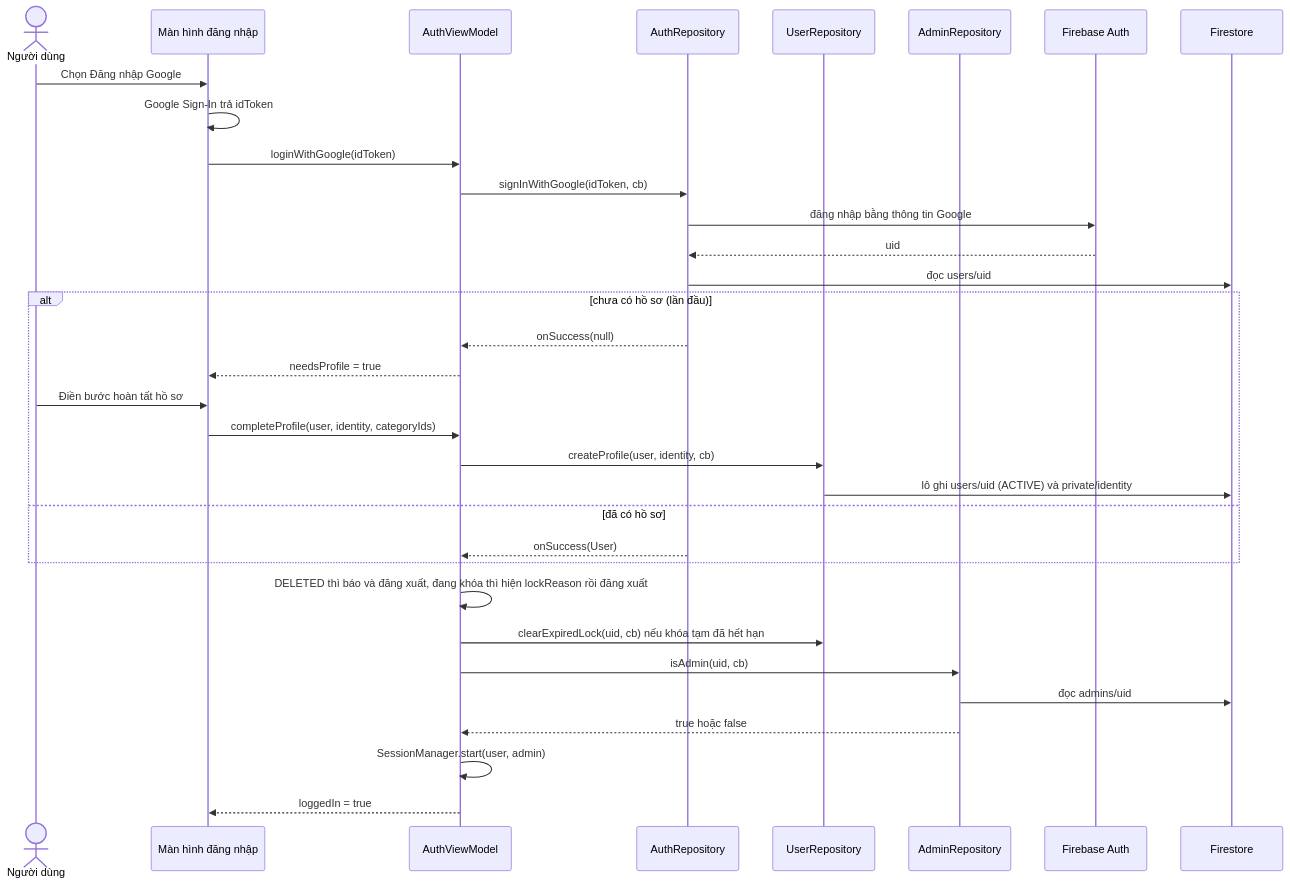
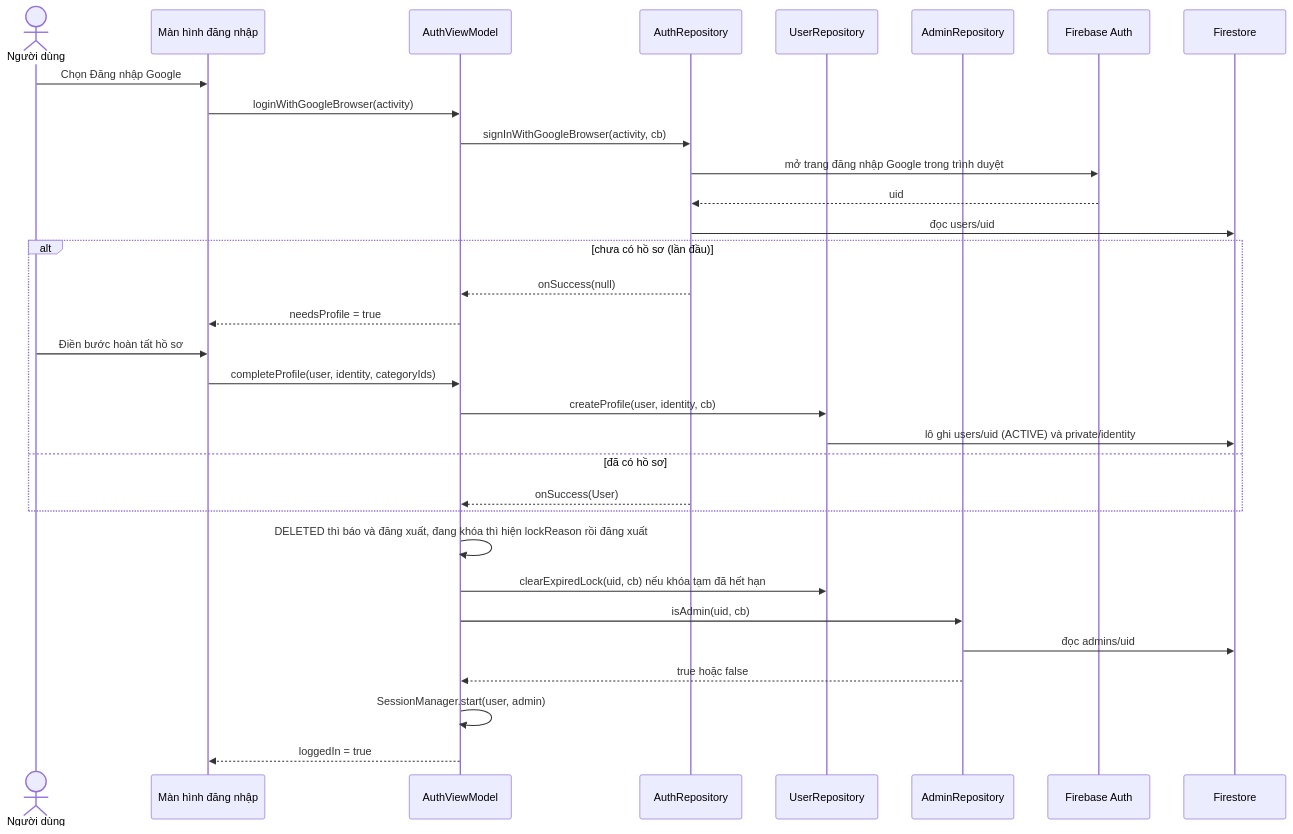
Before and after one commit to tahpnart8/NHOM3-MobileApp: the first of 7 diagrams in workflow/docs/architecture/luong-xu-ly.md, drawn with Mermaid. The commit also changed other lines of this file and 6 other files, not shown here.

Commit message:
fix(auth): đăng nhập Google mở trang của Google trong trình duyệt

````diff
--- a/workflow/docs/architecture/luong-xu-ly.md
+++ b/workflow/docs/architecture/luong-xu-ly.md
@@ -17,35 +17,34 @@
 ```mermaid
 sequenceDiagram
     actor U as Người dùng
     participant V as Màn hình đăng nhập
     participant VM as AuthViewModel
     participant AR as AuthRepository
     participant UR as UserRepository
     participant AD as AdminRepository
     participant FA as Firebase Auth
     participant FS as Firestore
     U->>V: Chọn Đăng nhập Google
-    V->>V: Google Sign-In trả idToken
-    V->>VM: loginWithGoogle(idToken)
-    VM->>AR: signInWithGoogle(idToken, cb)
-    AR->>FA: đăng nhập bằng thông tin Google
+    V->>VM: loginWithGoogleBrowser(activity)
+    VM->>AR: signInWithGoogleBrowser(activity, cb)
+    AR->>FA: mở trang đăng nhập Google trong trình duyệt
     FA-->>AR: uid
     AR->>FS: đọc users/uid
     alt chưa có hồ sơ (lần đầu)
         AR-->>VM: onSuccess(null)
         VM-->>V: needsProfile = true
         U->>V: Điền bước hoàn tất hồ sơ
         V->>VM: completeProfile(user, identity, categoryIds)
         VM->>UR: createProfile(user, identity, cb)
         UR->>FS: lô ghi users/uid (ACTIVE) và private/identity
     else đã có hồ sơ
         AR-->>VM: onSuccess(User)
     end
     VM->>VM: DELETED thì báo và đăng xuất, đang khóa thì hiện lockReason rồi đăng xuất
     VM->>UR: clearExpiredLock(uid, cb) nếu khóa tạm đã hết hạn
     VM->>AD: isAdmin(uid, cb)
     AD->>FS: đọc admins/uid
     AD-->>VM: true hoặc false
     VM->>VM: SessionManager.start(user, admin)
     VM-->>V: loggedIn = true
 ```
````
